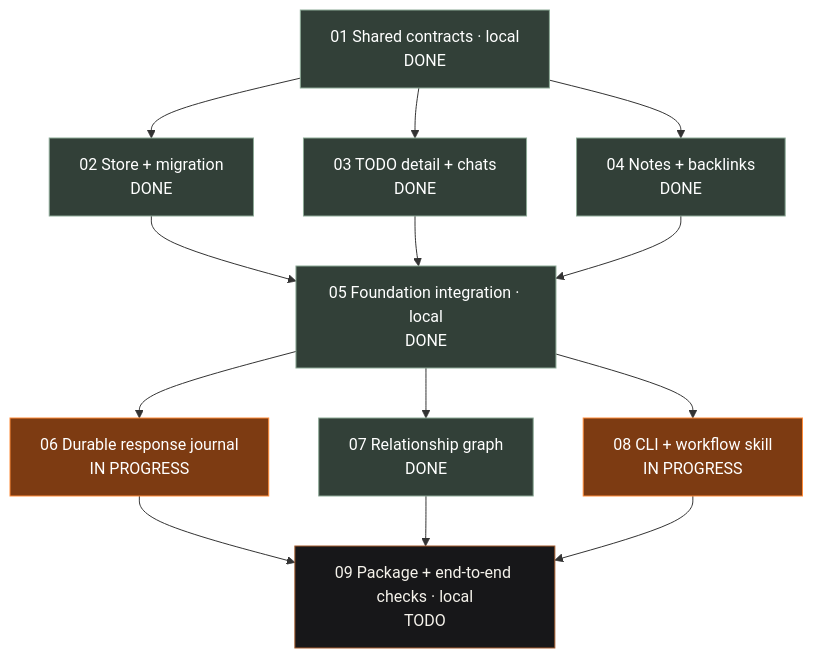
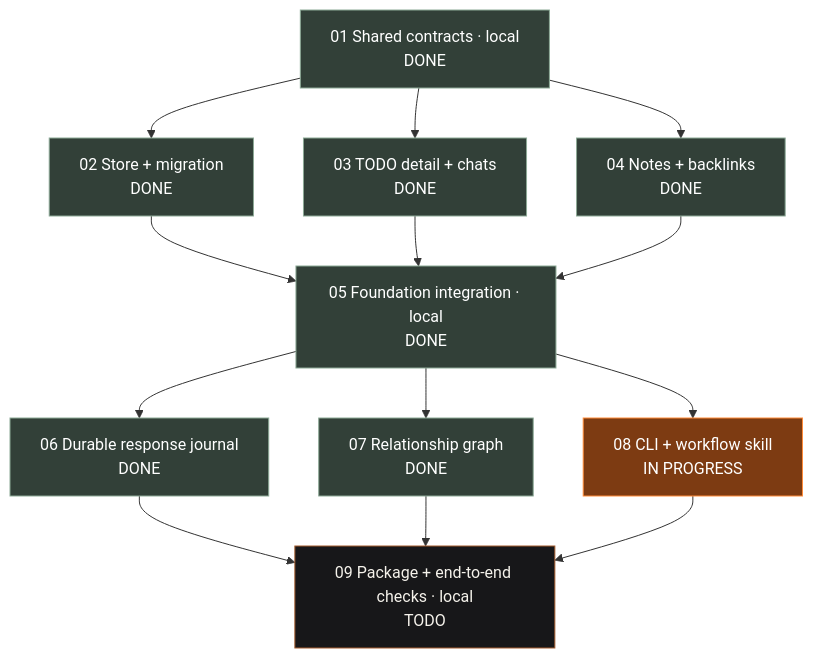
The diagram in docs/plans/linked-work/00-overview.md (vatsalsaglani/Cider), drawn with Mermaid before and after one commit. The commit also changed other lines of this file and 1 other file, not shown here.

Commit message:
Record durable journal integration evidence

````diff
--- a/docs/plans/linked-work/00-overview.md
+++ b/docs/plans/linked-work/00-overview.md
@@ -38,27 +38,27 @@
 ```mermaid
 flowchart TD
     P01["01 Shared contracts · local<br/>DONE"]:::done
     P02["02 Store + migration<br/>DONE"]:::done
     P03["03 TODO detail + chats<br/>DONE"]:::done
     P04["04 Notes + backlinks<br/>DONE"]:::done
     P05["05 Foundation integration · local<br/>DONE"]:::done
-    P06["06 Durable response journal<br/>IN PROGRESS"]:::inprogress
+    P06["06 Durable response journal<br/>DONE"]:::done
     P07["07 Relationship graph<br/>DONE"]:::done
     P08["08 CLI + workflow skill<br/>IN PROGRESS"]:::inprogress
     P09["09 Package + end-to-end checks · local<br/>TODO"]:::todo
     P01 --> P02
     P01 --> P03
     P01 --> P04
     P02 --> P05
     P03 --> P05
     P04 --> P05
     P05 --> P06
     P05 --> P07
     P05 --> P08
     P06 --> P09
     P07 --> P09
     P08 --> P09
     classDef todo fill:#171719,color:#f5f2eb,stroke:#a45d2e
     classDef inprogress fill:#7d3b12,color:#fff,stroke:#ff8b38
     classDef done fill:#324038,color:#fff,stroke:#8ca996
 ```
````
